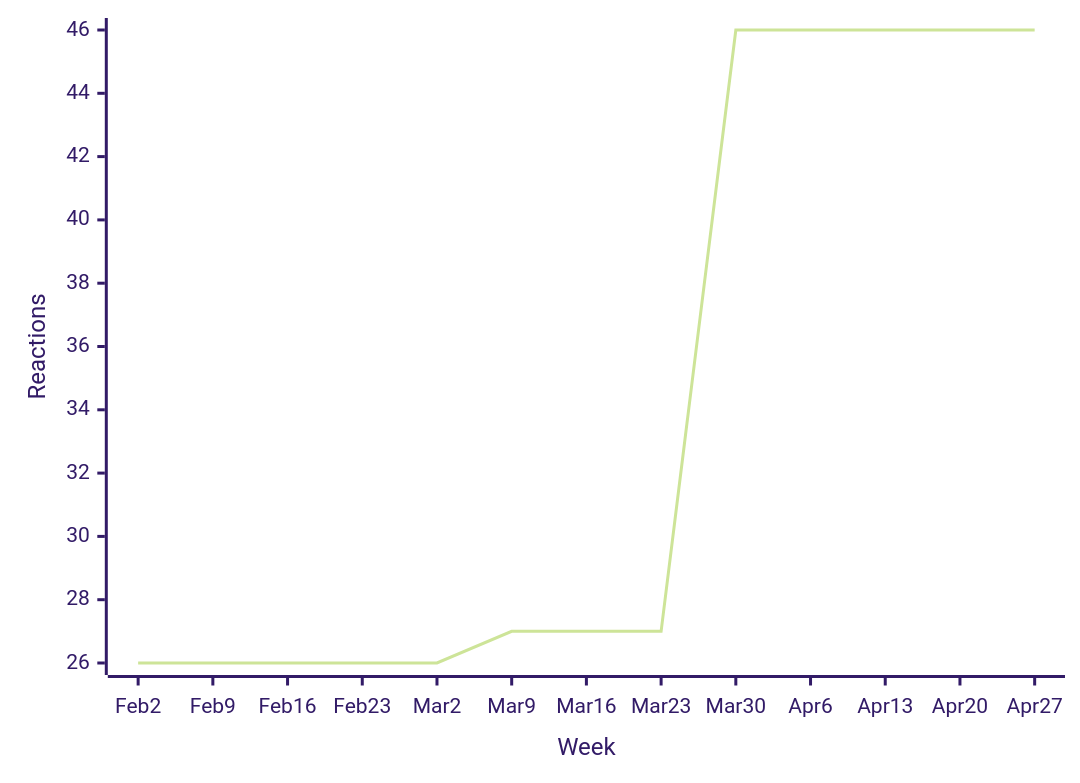
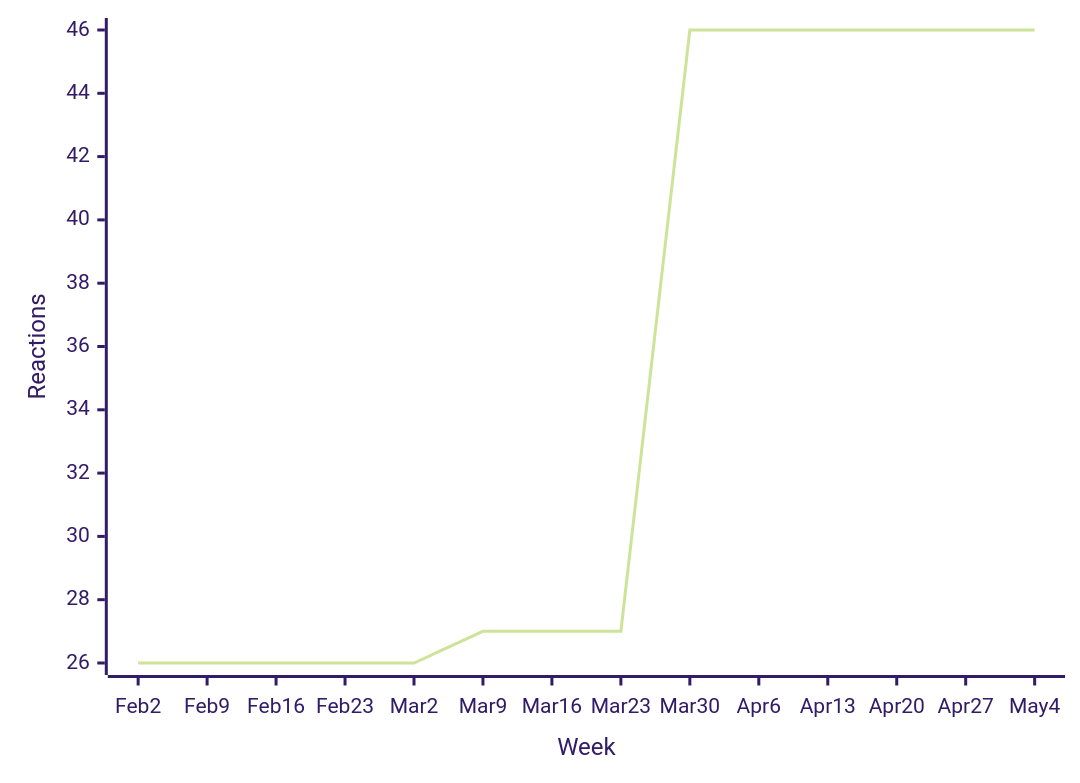
One commit to loic-sharma/github-insights changed the seventh of 56 diagrams in README.md. Above: the diagram before and after it, drawn with Mermaid (forest theme). The commit also changed other lines of this file and 3 other files, not shown here.

````diff
--- a/README.md
+++ b/README.md
@@ -441,6 +441,6 @@
   ```mermaid
   xychart-beta
-    x-axis "Week" [Feb 2, Feb 9, Feb 16, Feb 23, Mar 2, Mar 9, Mar 16, Mar 23, Mar 30, Apr 6, Apr 13, Apr 20, Apr 27]
+    x-axis "Week" [Feb 2, Feb 9, Feb 16, Feb 23, Mar 2, Mar 9, Mar 16, Mar 23, Mar 30, Apr 6, Apr 13, Apr 20, Apr 27, May 4]
     y-axis "Reactions"
-    line [26, 26, 26, 26, 26, 27, 27, 27, 46, 46, 46, 46, 46]
+    line [26, 26, 26, 26, 26, 27, 27, 27, 46, 46, 46, 46, 46, 46]
   ```
````
